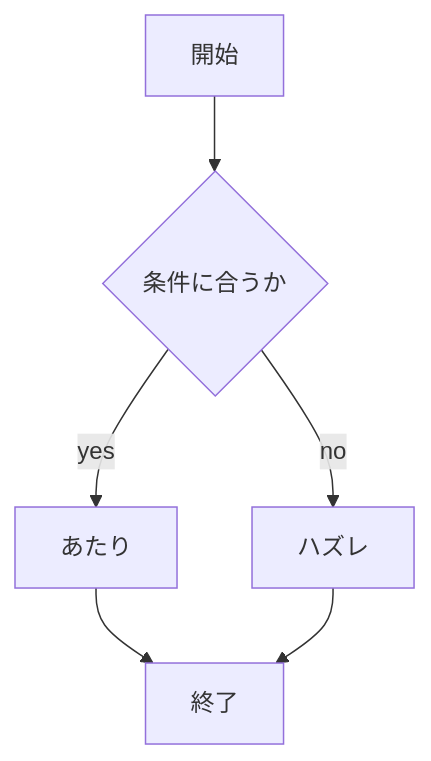
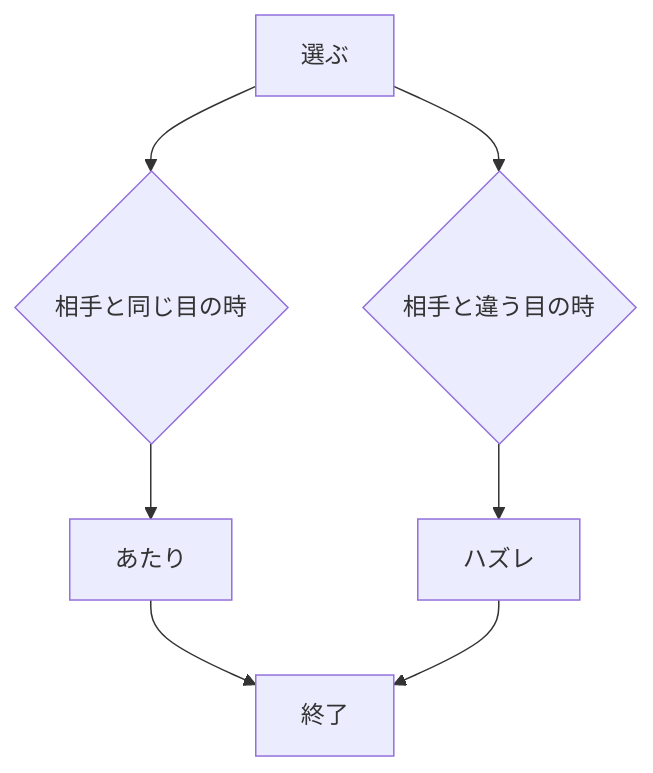
Before and after one commit to takeru131/webpro_06: the third of 3 diagrams in README.md, drawn with Mermaid. The commit also changed other lines of this file, not shown here.

````diff
--- a/README.md
+++ b/README.md
@@ -59,15 +67,17 @@
 ```mermaid
 flowchart TD;
 
-start["開始"];
+start["選ぶ"];
 end1["終了"]
-if{"条件に合うか"}
+if{"相手と同じ目の時"}
+if2{"相手と違う目の時"}
 win["あたり"]
 loose["ハズレ"]
 
 start --> if
-if -->|yes| win
+if --> win
 win --> end1
-if -->|no| loose
+start --> if2
+if2 --> loose
 loose --> end1
 ```
````
